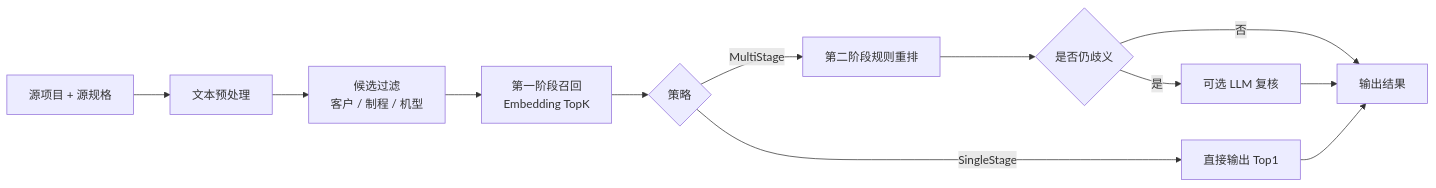
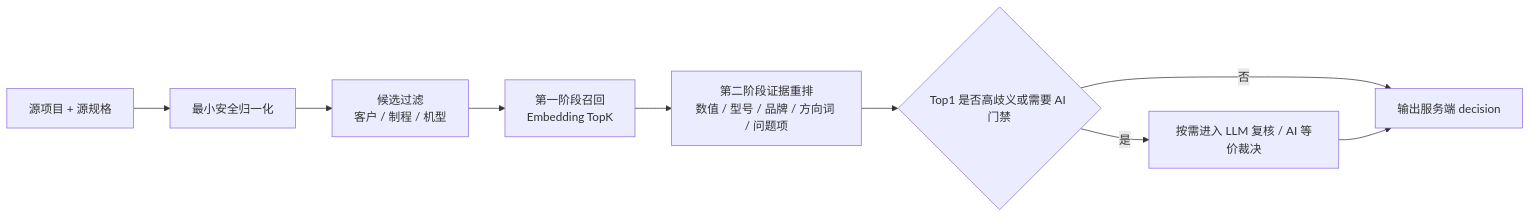
Before and after one commit to xiaocaiisxiaocai/AcceptanceSpecRecognition: the second of 2 diagrams in docs/matching-evaluation-and-rerank-plan.md, drawn with Mermaid. The commit also changed other lines of this file and 255 other files, not shown here.

````diff
--- a/docs/matching-evaluation-and-rerank-plan.md
+++ b/docs/matching-evaluation-and-rerank-plan.md
@@ -290,16 +296,14 @@
 ```mermaid
 flowchart LR
-  A["源项目 + 源规格"] --> B["文本预处理"]
+  A["源项目 + 源规格"] --> B["最小安全归一化"]
   B --> C["候选过滤
 客户 / 制程 / 机型"]
   C --> D["第一阶段召回
 Embedding TopK"]
-  D --> E{"策略"}
-  E -->|"SingleStage"| F["直接输出 Top1"]
-  E -->|"MultiStage"| G["第二阶段规则重排"]
-  G --> H{"是否仍歧义"}
-  H -->|"否"| I["输出结果"]
-  H -->|"是"| J["可选 LLM 复核"]
-  J --> I
-  F --> I
+  D --> E["第二阶段证据重排
+数值 / 型号 / 品牌 / 方向词 / 问题项"]
+  E --> F{"Top1 是否高歧义或需要 AI 门禁"}
+  F -->|"否"| I["输出服务端 decision"]
+  F -->|"是"| G["按需进入 LLM 复核 / AI 等价裁决"]
+  G --> I
 ```
````
